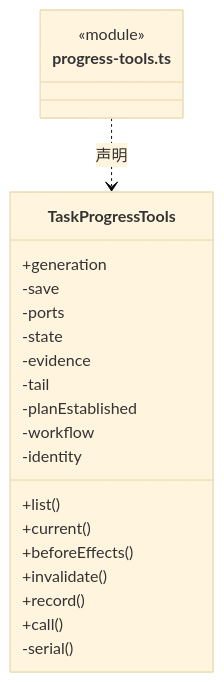
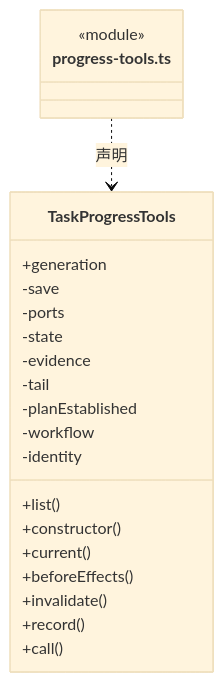
Diagram 23 of 46 in src/logic/evidence/rules/ARCHITECTURE.md (nan023062/cbim), drawn with Mermaid (base theme) before and after one commit. The commit also changed other lines of this file and 139 other files, not shown here.

Commit message:
docs(architecture): add source reading paths and complete file inventories

````diff
--- a/src/logic/evidence/rules/ARCHITECTURE.md
+++ b/src/logic/evidence/rules/ARCHITECTURE.md
@@ -486,25 +492,25 @@
 ```mermaid
 classDiagram
 class N_src_logic_evidence_rules_progress_tools_ts["progress-tools.ts"] {
   <<module>>
 }
 class N_src_logic_evidence_rules_progress_tools_ts_TaskProgressTools["TaskProgressTools"] {
   +list()
   +generation
+  +constructor()
   +current()
   +beforeEffects()
   +invalidate()
   +record()
   +call()
   -save
   -ports
   -state
   -evidence
   -tail
   -planEstablished
   -workflow
   -identity
-  -serial()
 }
 N_src_logic_evidence_rules_progress_tools_ts ..> N_src_logic_evidence_rules_progress_tools_ts_TaskProgressTools : 声明
 ```
````
